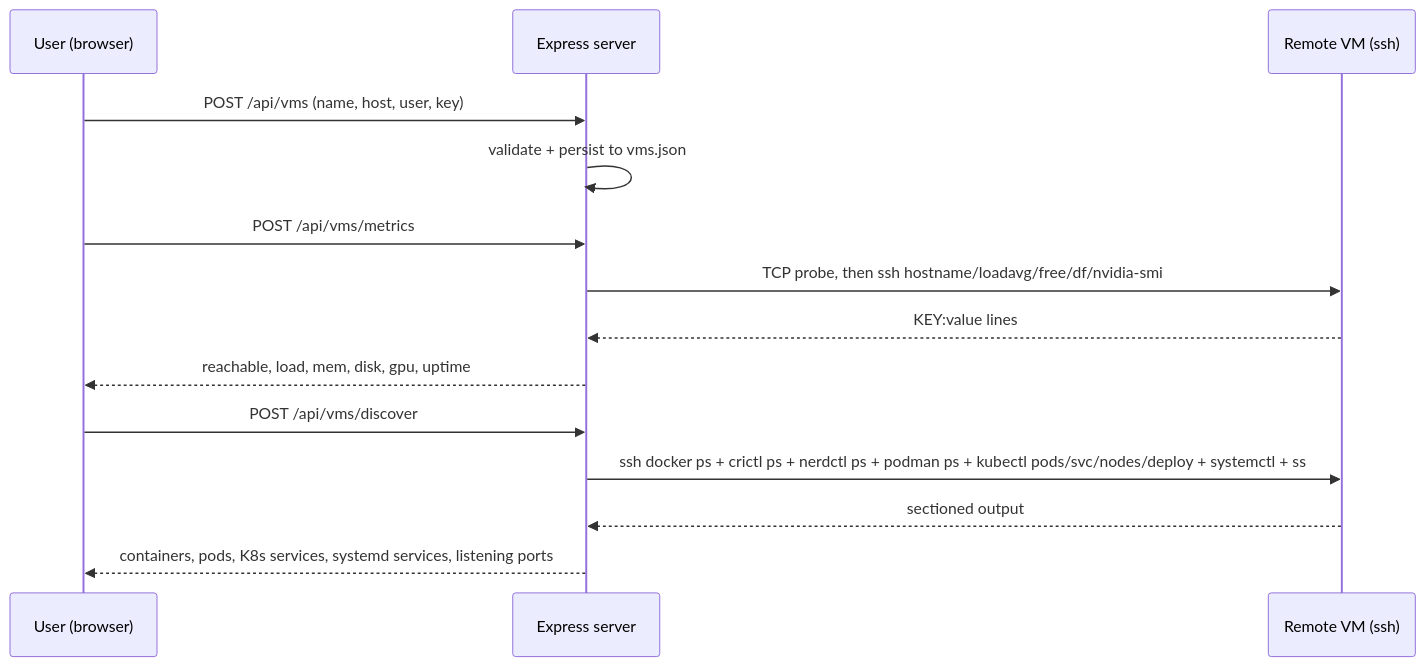
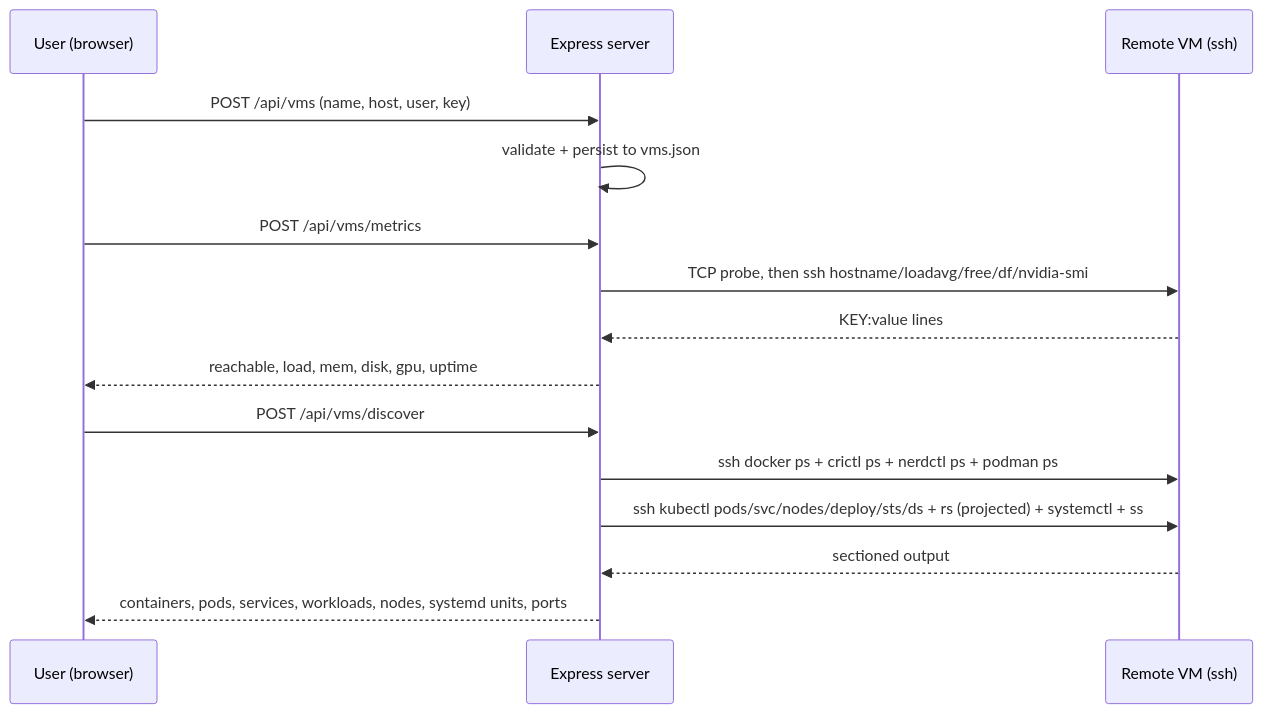
Before and after one commit to AdityaRam24/kalam: the second of 8 diagrams in ARCHITECTURE.md, drawn with Mermaid. The commit also changed other lines of this file and 12 other files, not shown here.

````diff
--- a/ARCHITECTURE.md
+++ b/ARCHITECTURE.md
@@ -69,17 +69,18 @@
 ```mermaid
 sequenceDiagram
     participant U as User (browser)
     participant S as Express server
     participant V as Remote VM (ssh)
 
     U->>S: POST /api/vms (name, host, user, key)
     S->>S: validate + persist to vms.json
     U->>S: POST /api/vms/metrics
     S->>V: TCP probe, then ssh hostname/loadavg/free/df/nvidia-smi
     V-->>S: KEY:value lines
     S-->>U: reachable, load, mem, disk, gpu, uptime
     U->>S: POST /api/vms/discover
-    S->>V: ssh docker ps + crictl ps + nerdctl ps + podman ps + kubectl pods/svc/nodes/deploy + systemctl + ss
+    S->>V: ssh docker ps + crictl ps + nerdctl ps + podman ps
+    S->>V: ssh kubectl pods/svc/nodes/deploy/sts/ds + rs (projected) + systemctl + ss
     V-->>S: sectioned output
-    S-->>U: containers, pods, K8s services, systemd services, listening ports
+    S-->>U: containers, pods, services, workloads, nodes, systemd units, ports
 ```
````
